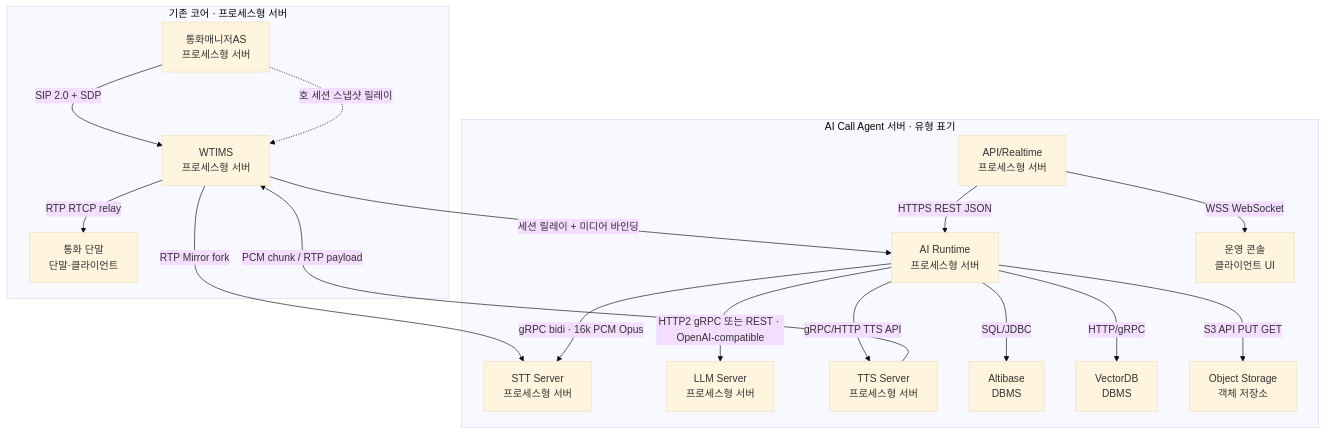
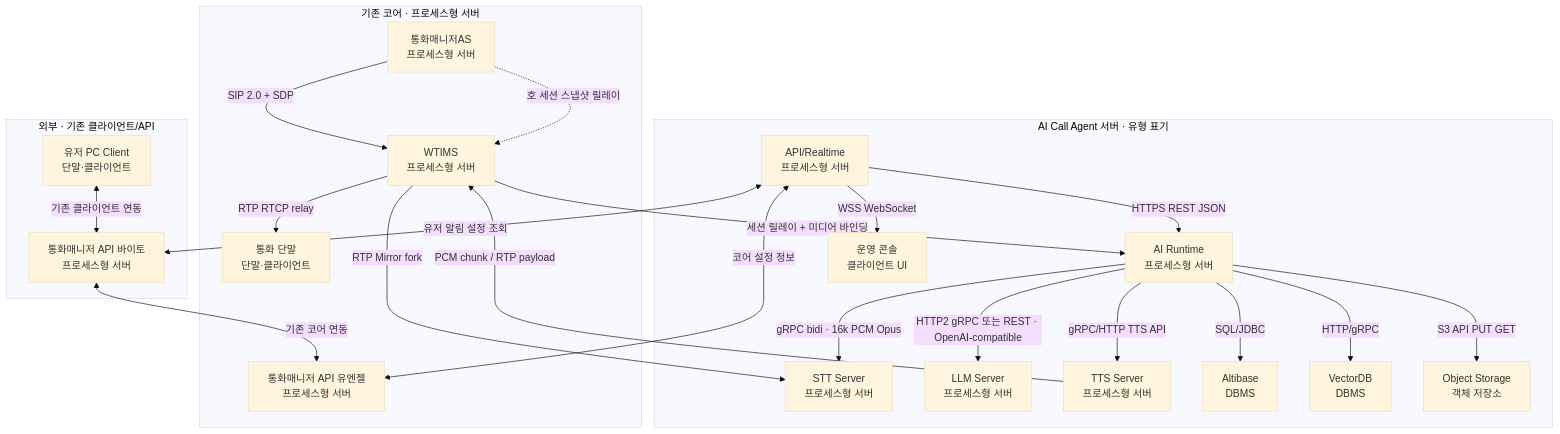
Before and after one commit to hak023/agentic_ai_callbot: the second of 4 diagrams in docs/architecture/production-deployment-architecture.md, drawn with Mermaid (base theme). The commit also changed other lines of this file, not shown here.

Commit message:
docs(architecture): sip-pbx production-deployment-architecture 동기화 (통화매니저 API·PC Client·AI API/Realtime)

````diff
--- a/docs/architecture/production-deployment-architecture.md
+++ b/docs/architecture/production-deployment-architecture.md
@@ -192,30 +244,39 @@
 ```mermaid
 flowchart TD
+    subgraph EXT_LEGACY["외부 · 기존 클라이언트/API"]
+        PCL["유저 PC Client<br/>단말·클라이언트"]
+        BAPI["통화매니저 API 바이토<br/>프로세스형 서버"]
+    end
     subgraph CORE["기존 코어 · 프로세스형 서버"]
         CM["통화매니저AS<br/>프로세스형 서버"] -->|SIP 2.0 + SDP| WT["WTIMS<br/>프로세스형 서버"]
         CM -.->|호 세션 스냅샷 릴레이| WT
         WT -->|RTP RTCP relay| EP["통화 단말<br/>단말·클라이언트"]
+        UAPI["통화매니저 API 유엔젤<br/>프로세스형 서버"]
     end
     subgraph ACA["AI Call Agent 서버 · 유형 표기"]
         STT["STT Server<br/>프로세스형 서버"]
         AIR["AI Runtime<br/>프로세스형 서버"]
         LLM["LLM Server<br/>프로세스형 서버"]
         TTS["TTS Server<br/>프로세스형 서버"]
         API["API/Realtime<br/>프로세스형 서버"]
         CON["운영 콘솔<br/>클라이언트 UI"]
         ALT["Altibase<br/>DBMS"]
         VDB["VectorDB<br/>DBMS"]
         OBJ["Object Storage<br/>객체 저장소"]
     end
+    PCL <-->|기존 클라이언트 연동| BAPI
+    BAPI <-->|기존 코어 연동| UAPI
+    API <-->|코어 설정 정보| UAPI
+    API <-->|유저 알림 설정 조회| BAPI
     WT -->|세션 릴레이 + 미디어 바인딩| AIR
     WT -->|RTP Mirror fork| STT
     AIR -->|gRPC bidi · 16k PCM Opus| STT
     AIR -->|HTTP2 gRPC 또는 REST · OpenAI-compatible| LLM
     AIR -->|gRPC/HTTP TTS API| TTS
     TTS -->|PCM chunk / RTP payload| WT
     API -->|HTTPS REST JSON| AIR
     API -->|WSS WebSocket| CON
     AIR -->|SQL/JDBC| ALT
     AIR -->|HTTP/gRPC| VDB
     AIR -->|S3 API PUT GET| OBJ
 ```
````
